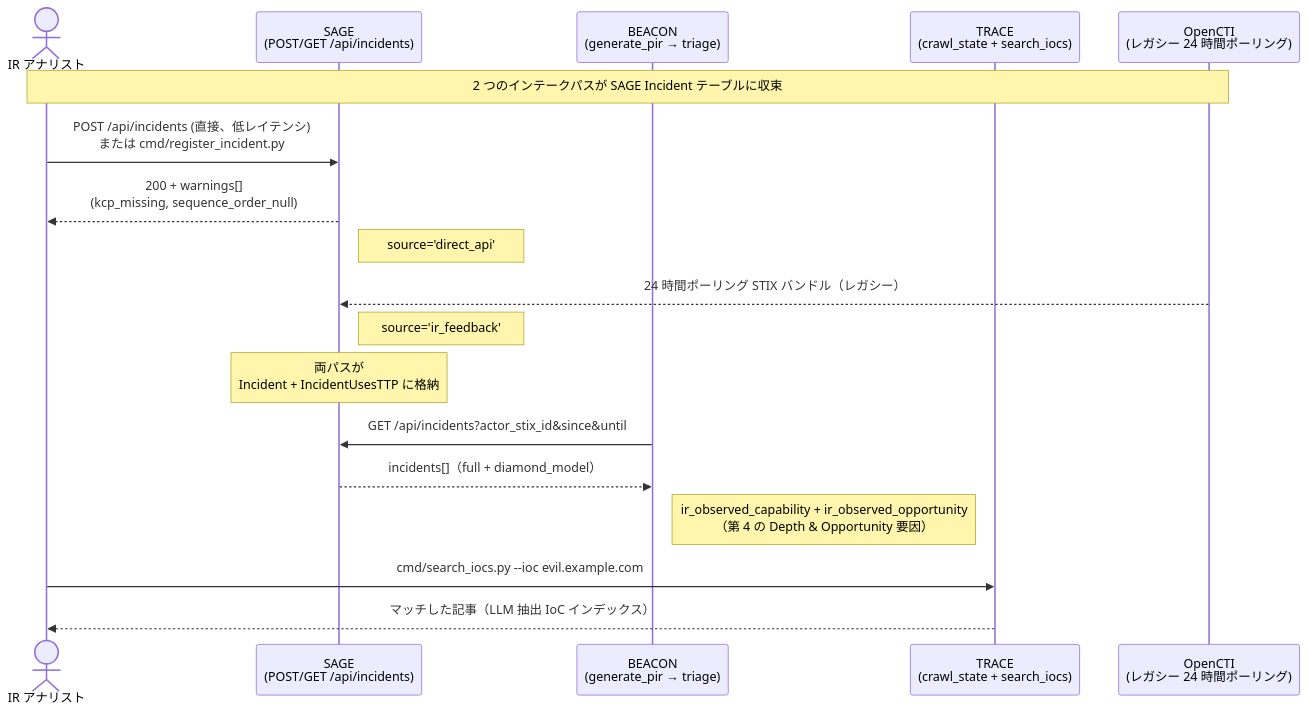
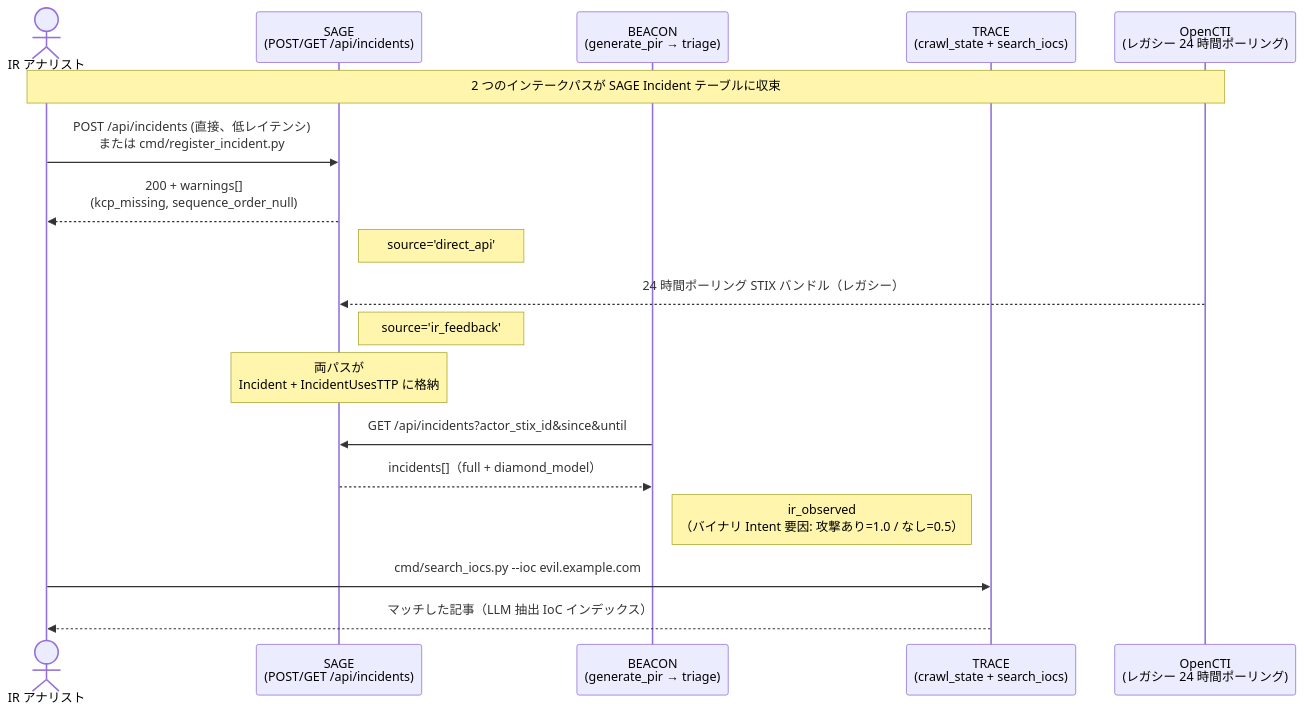
Before and after one commit to sw33t-b1u/sage: the diagram in docs/ir-feedback-flow.ja.md, drawn with Mermaid. The commit also changed other lines of this file and 6 other files, not shown here.

````diff
--- a/docs/ir-feedback-flow.ja.md
+++ b/docs/ir-feedback-flow.ja.md
@@ -17,26 +17,26 @@
 ```mermaid
 sequenceDiagram
     actor IR as IR アナリスト
     participant SAGE as SAGE<br/>(POST/GET /api/incidents)
     participant BEACON as BEACON<br/>(generate_pir → triage)
     participant TRACE as TRACE<br/>(crawl_state + search_iocs)
     participant OpenCTI as OpenCTI<br/>(レガシー 24 時間ポーリング)
 
     Note over IR,OpenCTI: 2 つのインテークパスが SAGE Incident テーブルに収束
 
     IR->>SAGE: POST /api/incidents (直接、低レイテンシ)<br/>または cmd/register_incident.py
     SAGE-->>IR: 200 + warnings[]<br/>(kcp_missing, sequence_order_null)
     Note right of SAGE: source='direct_api'
 
     OpenCTI-->>SAGE: 24 時間ポーリング STIX バンドル（レガシー）
     Note right of SAGE: source='ir_feedback'
 
     Note over SAGE: 両パスが<br/>Incident + IncidentUsesTTP に格納
 
     BEACON->>SAGE: GET /api/incidents?actor_stix_id&since&until
     SAGE-->>BEACON: incidents[]（full + diamond_model）
-    Note right of BEACON: ir_observed_capability + ir_observed_opportunity<br/>（第 4 の Depth & Opportunity 要因）
+    Note right of BEACON: ir_observed<br/>（バイナリ Intent 要因: 攻撃あり=1.0 / なし=0.5）
 
     IR->>TRACE: cmd/search_iocs.py --ioc evil.example.com
     TRACE-->>IR: マッチした記事（LLM 抽出 IoC インデックス）
 ```
````
